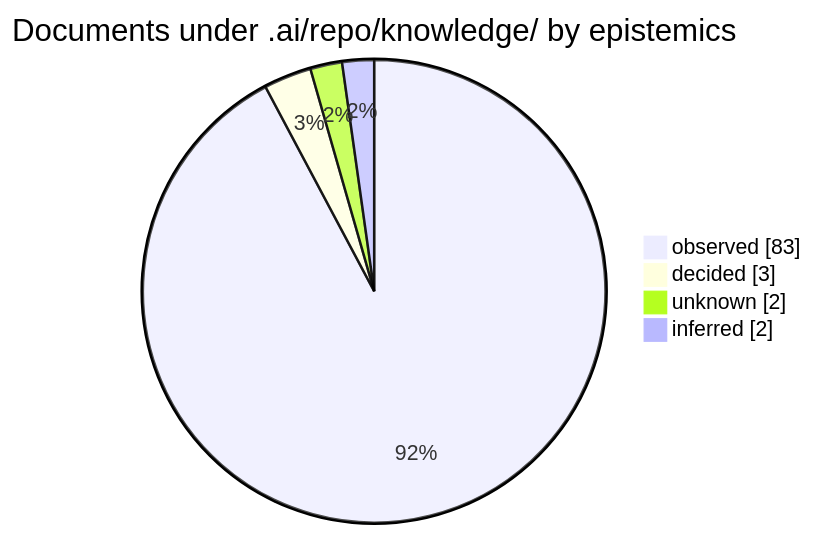
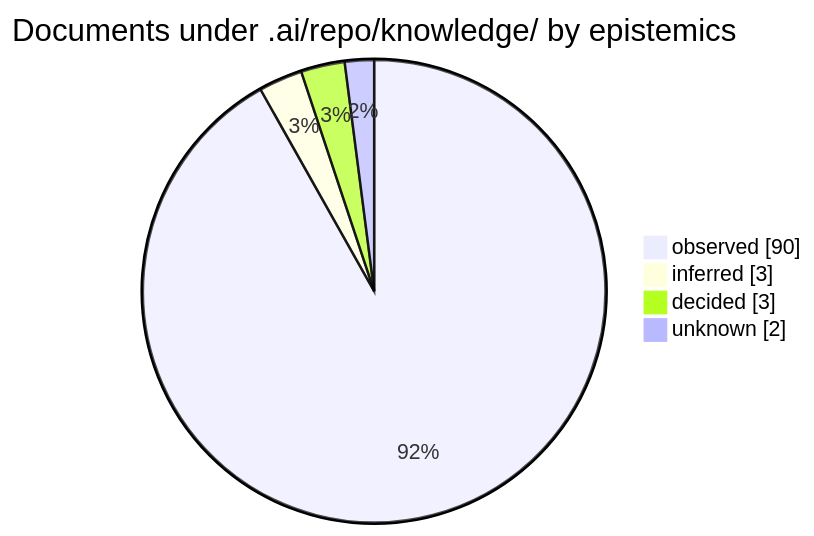
One commit to korczis/OpenTTD changed the third of 3 diagrams in .ai/repo/knowledge/README.md. Above: the diagram before and after it, drawn with Mermaid. The commit also changed other lines of this file and 9 other files, not shown here.

````diff
--- a/.ai/repo/knowledge/README.md
+++ b/.ai/repo/knowledge/README.md
@@ -59,8 +59,8 @@
 ```mermaid
 pie showData title Documents under .ai/repo/knowledge/ by epistemics
-    %% links: README.md?col=Epistemics&filter=observed#records-generated | README.md?col=Epistemics&filter=decided#records-generated | README.md?col=Epistemics&filter=#records-generated | README.md?col=Epistemics&filter=inferred#records-generated
-    "observed" : 83
+    %% links: README.md?col=Epistemics&filter=observed#records-generated | README.md?col=Epistemics&filter=inferred#records-generated | README.md?col=Epistemics&filter=decided#records-generated | README.md?col=Epistemics&filter=#records-generated
+    "observed" : 90
+    "inferred" : 3
     "decided" : 3
     "unknown" : 2
-    "inferred" : 2
 ```
````
